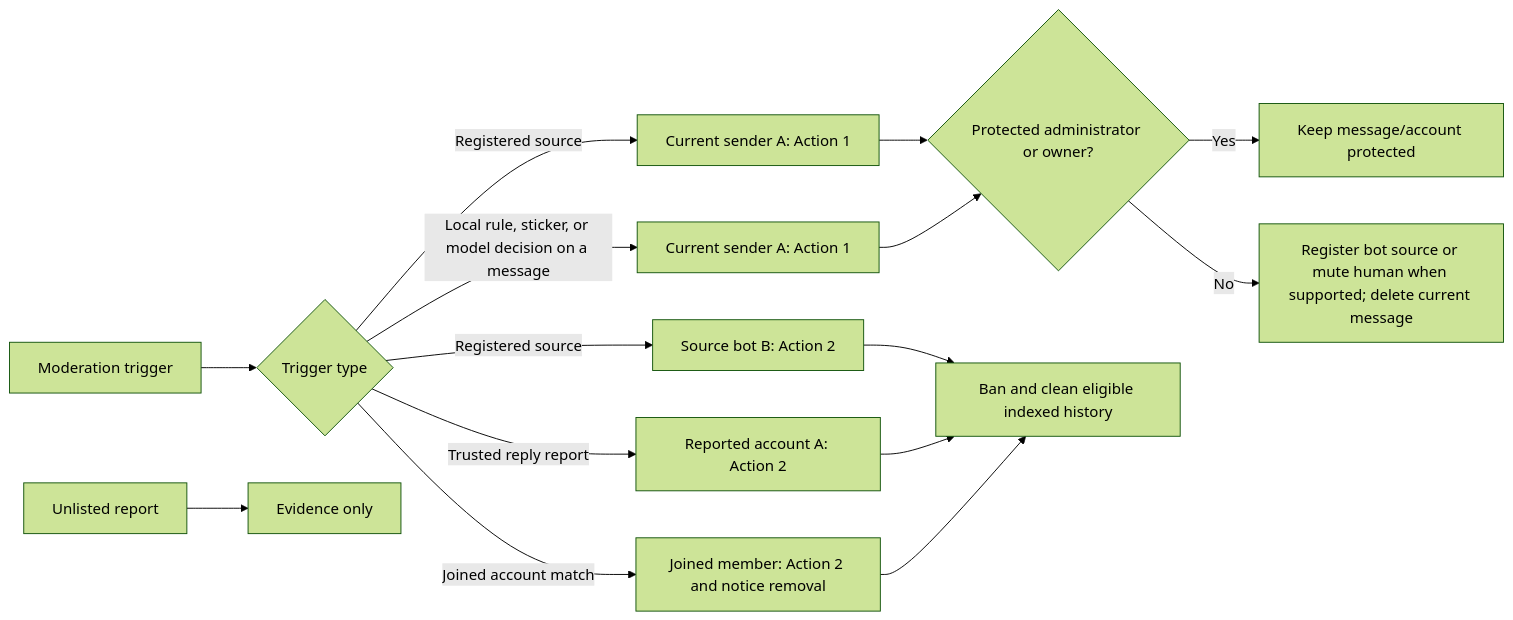
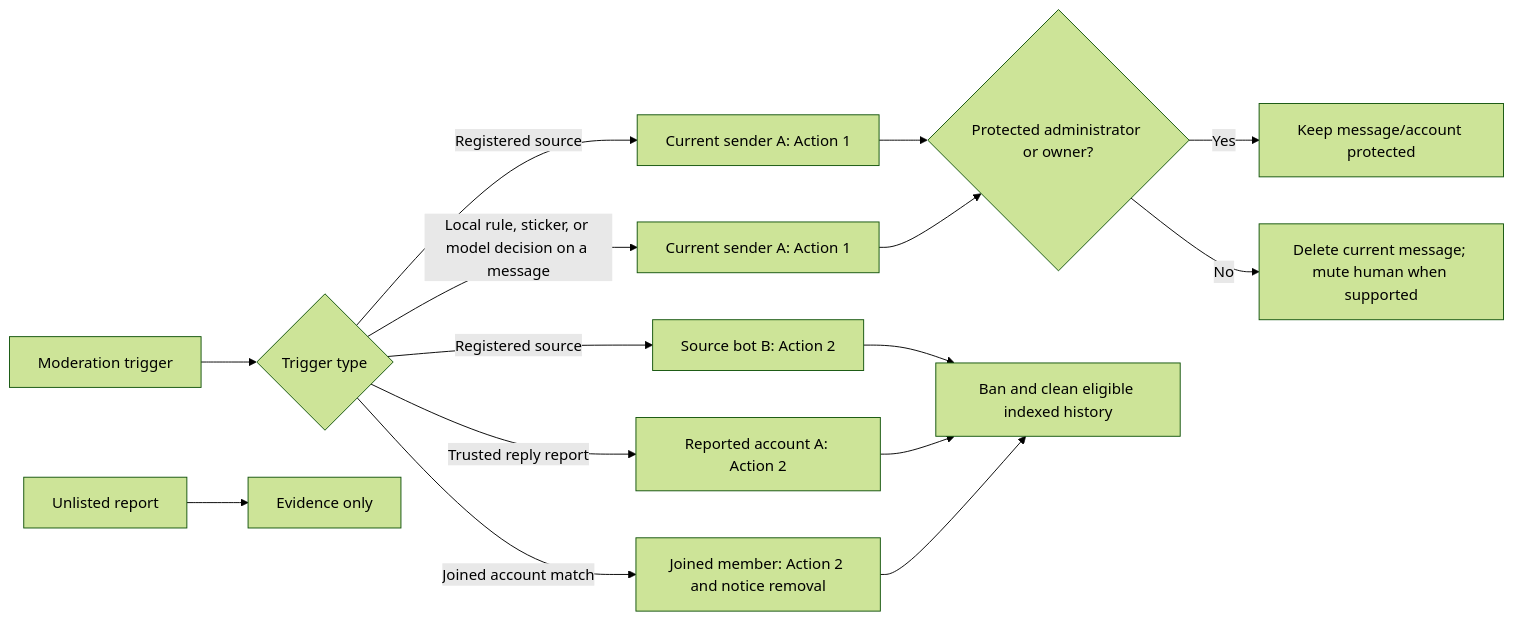
One commit to IceCodeNew/anti-fwd-spam changed the second of 2 diagrams in docs/behavior.md. Above: the diagram before and after it, drawn with Mermaid (forest theme). The commit also changed other lines of this file and 10 other files, not shown here.

````diff
--- a/docs/behavior.md
+++ b/docs/behavior.md
@@ -76,17 +76,17 @@
 ```mermaid
 flowchart LR
     A[Moderation trigger] --> B{Trigger type}
     B -->|Registered source| C[Current sender A: Action 1]
     B -->|Registered source| D[Source bot B: Action 2]
     B -->|Trusted reply report| E[Reported account A: Action 2]
     B -->|Local rule, sticker, or model decision on a message| F[Current sender A: Action 1]
     B -->|Joined account match| M[Joined member: Action 2 and notice removal]
     G[Unlisted report] --> H[Evidence only]
     C --> I{Protected administrator or owner?}
     F --> I
     I -->|Yes| J[Keep message/account protected]
-    I -->|No| K[Register bot source or mute human when supported; delete current message]
+    I -->|No| K[Delete current message; mute human when supported]
     D --> L[Ban and clean eligible indexed history]
     E --> L
     M --> L
 ```
````
